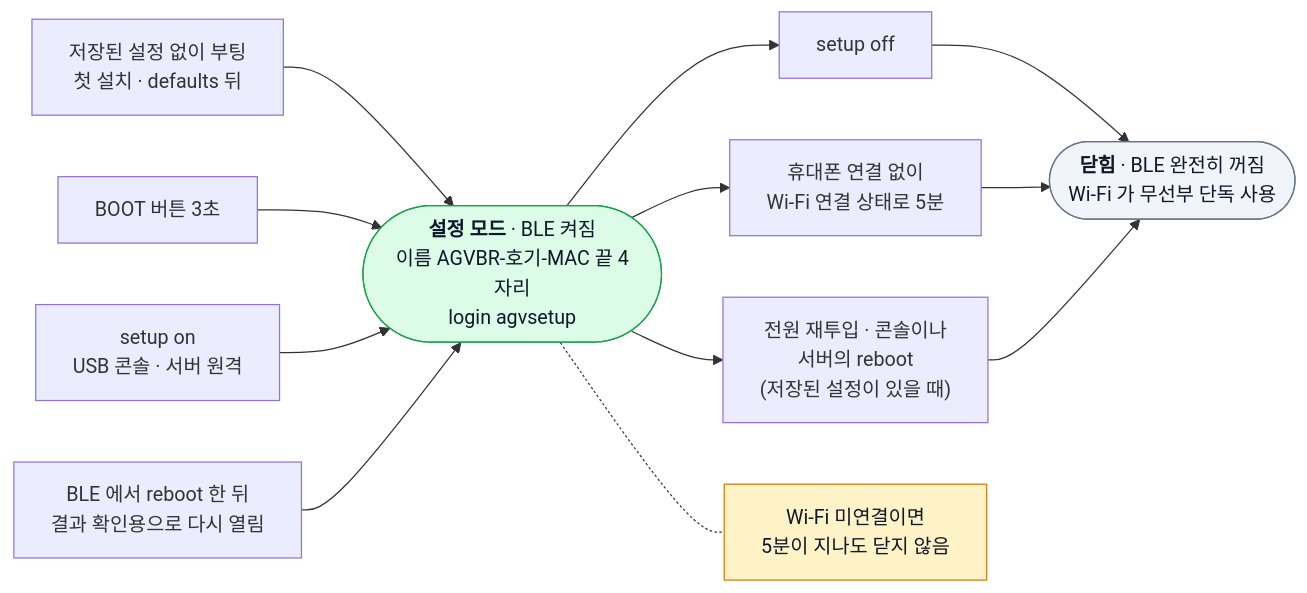
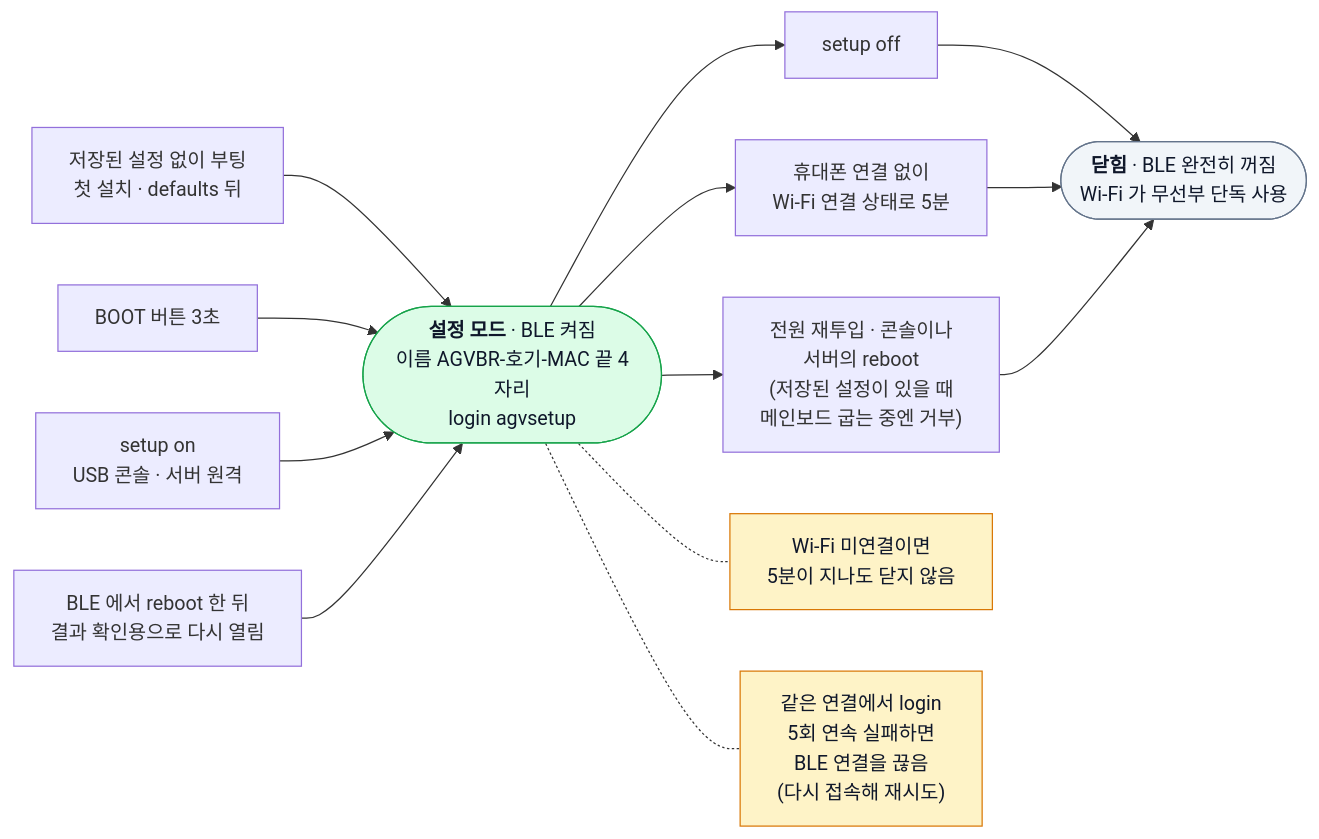
The diagram in docs/diagrams/setup-mode.mmd (Leepy0/AGV_Wifi_Bridge), drawn with Mermaid before and after one commit. The commit also changed 10 other files, not shown here.

```diff
--- a/docs/diagrams/setup-mode.mmd
+++ b/docs/diagrams/setup-mode.mmd
@@ -1,20 +1,21 @@
 flowchart LR
   o1["저장된 설정 없이 부팅<br/>첫 설치 · defaults 뒤"] --> ON
   o2["BOOT 버튼 3초"] --> ON
   o3["setup on<br/>USB 콘솔 · 서버 원격"] --> ON
   o4["BLE 에서 reboot 한 뒤<br/>결과 확인용으로 다시 열림"] --> ON
   ON(["<b>설정 모드</b> · BLE 켜짐<br/>이름 AGVBR-호기-MAC 끝 4자리<br/>login agvsetup"])
   ON --> c1["setup off"]
   ON --> c2["휴대폰 연결 없이<br/>Wi-Fi 연결 상태로 5분"]
-  ON --> c3["전원 재투입 · 콘솔이나<br/>서버의 reboot<br/>(저장된 설정이 있을 때)"]
+  ON --> c3["전원 재투입 · 콘솔이나<br/>서버의 reboot<br/>(저장된 설정이 있을 때<br/>메인보드 굽는 중엔 거부)"]
   c1 --> OFF
   c2 --> OFF
   c3 --> OFF
   OFF(["<b>닫힘</b> · BLE 완전히 꺼짐<br/>Wi-Fi 가 무선부 단독 사용"])
   ON -.- N["Wi-Fi 미연결이면<br/>5분이 지나도 닫지 않음"]
+  ON -.- L["같은 연결에서 login<br/>5회 연속 실패하면<br/>BLE 연결을 끊음<br/>(다시 접속해 재시도)"]
   classDef on fill:#dcfce7,stroke:#16a34a,color:#0f172a
   classDef off fill:#f1f5f9,stroke:#64748b,color:#0f172a
   classDef note fill:#fef3c7,stroke:#d97706,color:#0f172a
   class ON on
   class OFF off
-  class N note
+  class N,L note
```
